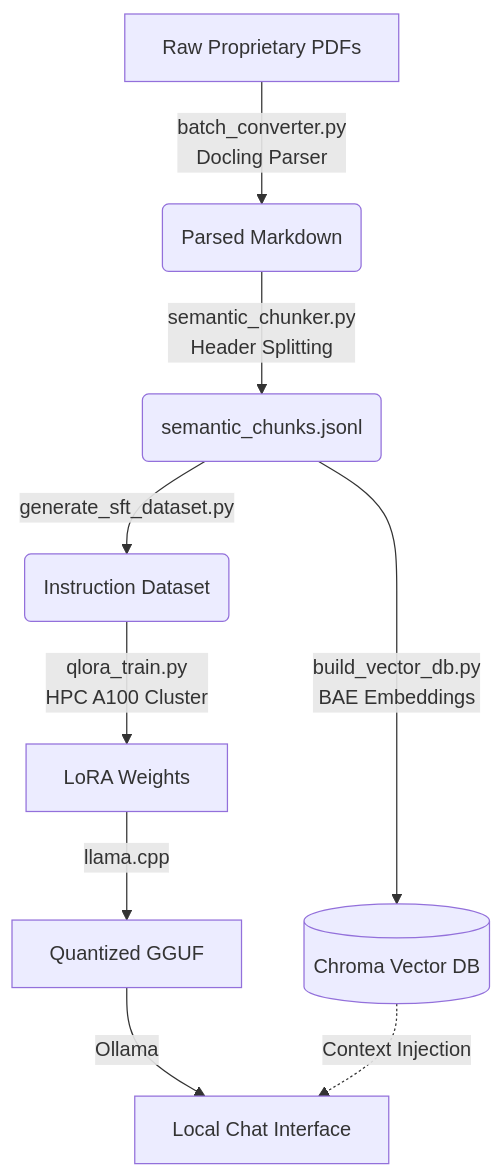
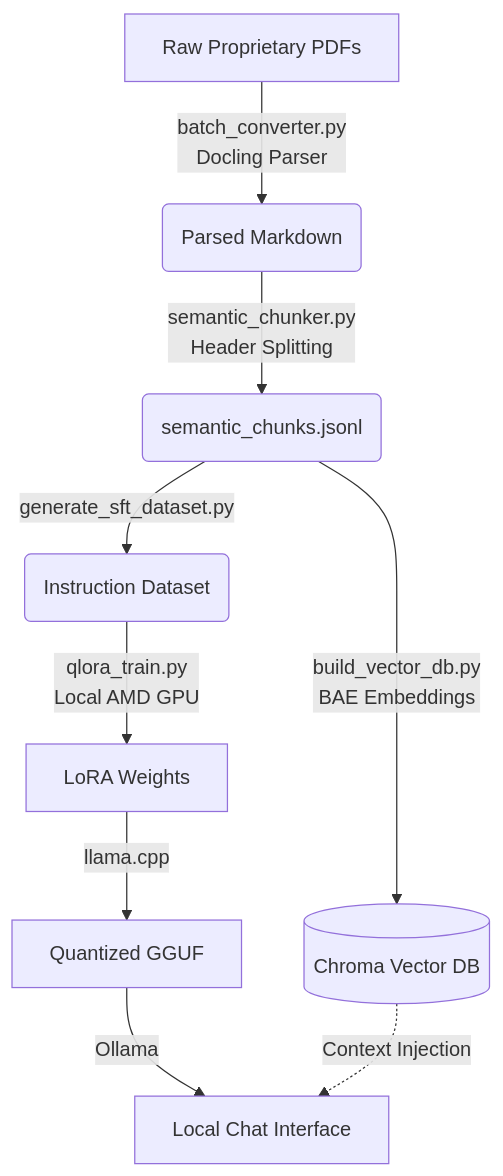
Before and after one commit to pragambesh-moro/RAG_EDA: the diagram in README.md, drawn with Mermaid. The commit also changed other lines of this file and 1 other file, not shown here.

Commit message:
feat: document AMD ROCm training workflow and finalize RAG packaging

````diff
--- a/README.md
+++ b/README.md
@@ -33,11 +33,11 @@
 ```mermaid
 graph TD
     A[Raw Proprietary PDFs] -->|batch_converter.py <br> Docling Parser| B(Parsed Markdown)
     B -->|semantic_chunker.py <br> Header Splitting| C(semantic_chunks.jsonl)
     C -->|build_vector_db.py <br> BAE Embeddings| D[(Chroma Vector DB)]
     C -->|generate_sft_dataset.py| E(Instruction Dataset)
-    E -->|qlora_train.py <br> HPC A100 Cluster| F[LoRA Weights]
+    E -->|qlora_train.py <br> Local AMD GPU | F[LoRA Weights]
     F -->|llama.cpp| G[Quantized GGUF]
     G -->|Ollama| H[Local Chat Interface]
     D -.->|Context Injection| H
 ```
````
